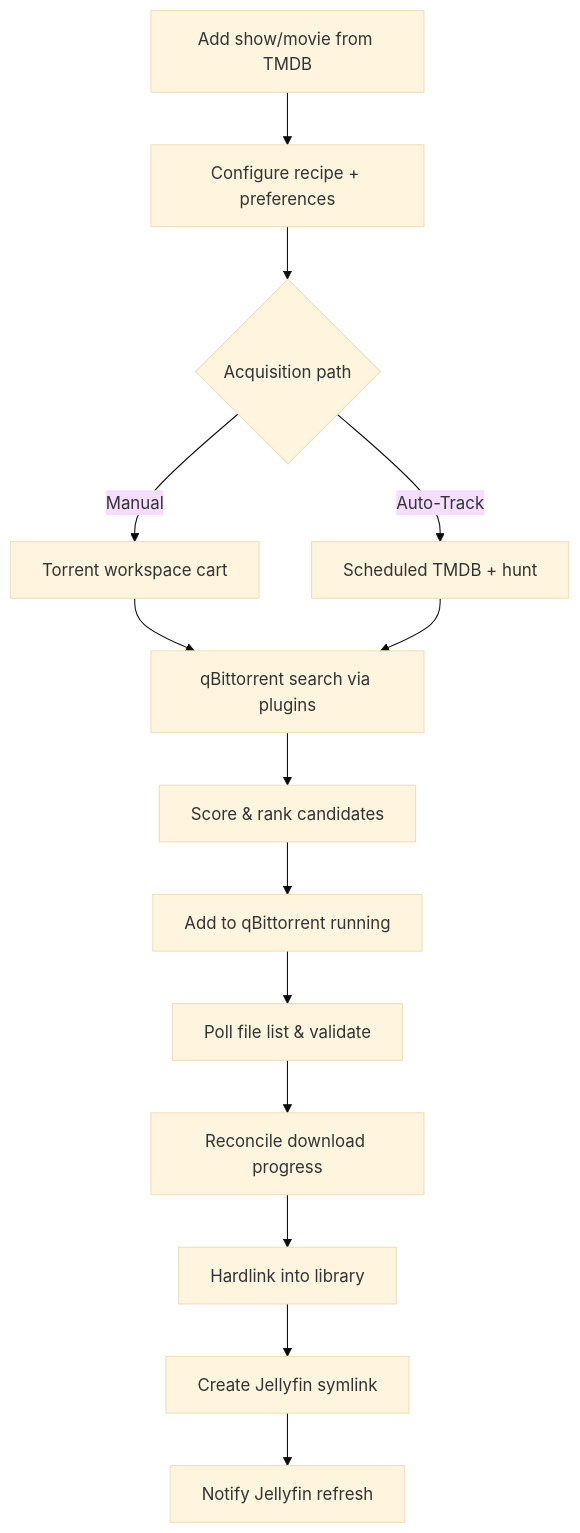
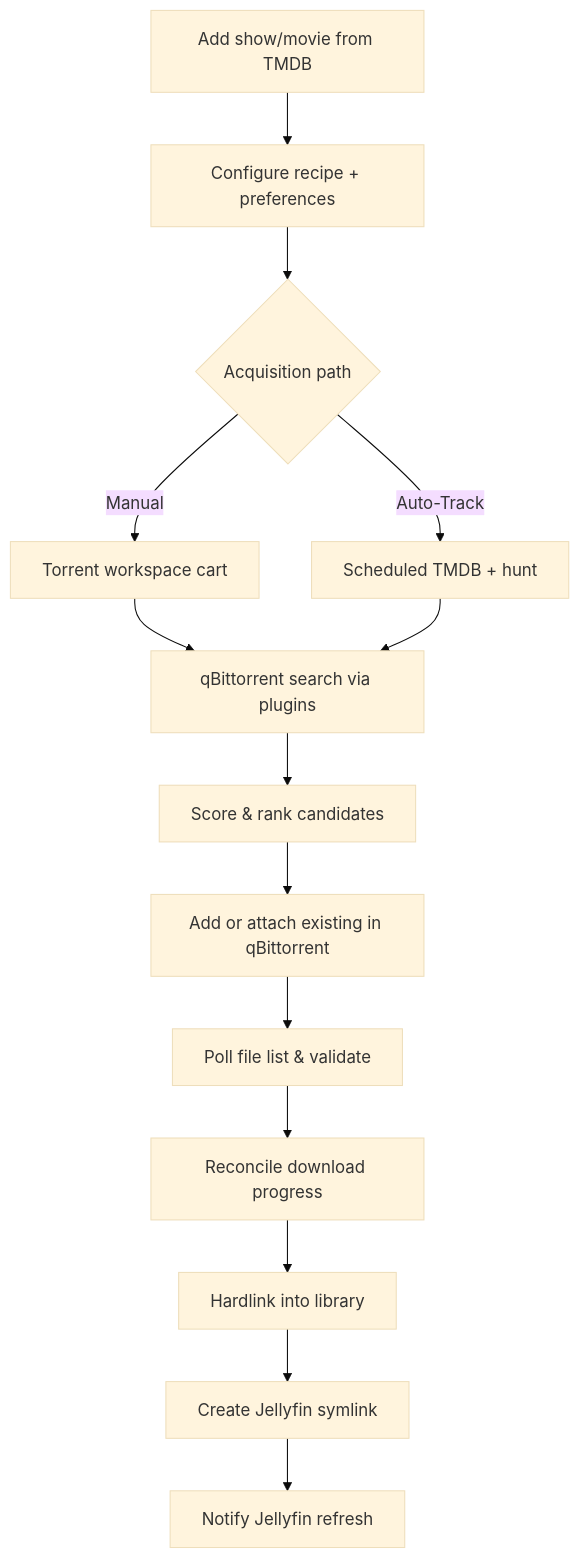
Before and after one commit to ronglua111x2/Media_Manager: the diagram in media management app/media management app/docs/APP_OVERVIEW.md, drawn with Mermaid (base theme). The commit also changed other lines of this file and 17 other files, not shown here.

````diff
--- a/media management app/media management app/docs/APP_OVERVIEW.md
+++ b/media management app/media management app/docs/APP_OVERVIEW.md
@@ -13,16 +13,16 @@
 ```mermaid
 flowchart TD
     A[Add show/movie from TMDB] --> B[Configure recipe + preferences]
     B --> C{Acquisition path}
     C -->|Manual| D[Torrent workspace cart]
     C -->|Auto-Track| E[Scheduled TMDB + hunt]
     D --> F[qBittorrent search via plugins]
     E --> F
     F --> G[Score & rank candidates]
-    G --> H[Add to qBittorrent running]
+    G --> H[Add or attach existing in qBittorrent]
     H --> I[Poll file list & validate]
     I --> J[Reconcile download progress]
     J --> K[Hardlink into library]
     K --> L[Create Jellyfin symlink]
     L --> M[Notify Jellyfin refresh]
 ```
````
